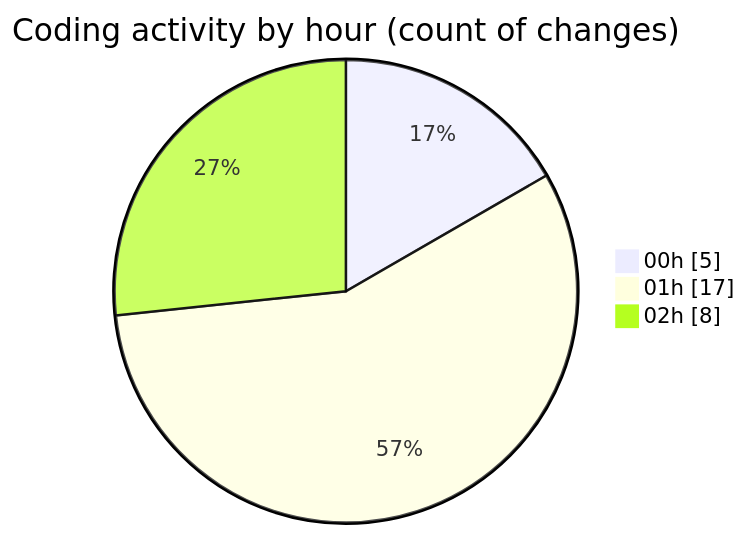
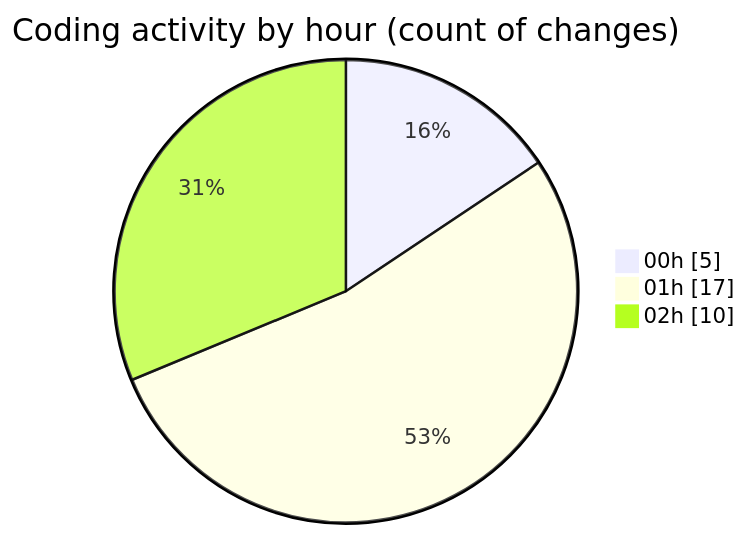
One commit to EIIisD/code-tracking changed the second of 2 diagrams in 2025-08-04/tw-server/README.md. Above: the diagram before and after it, drawn with Mermaid. The commit also changed other lines of this file and 1 other file, not shown here.

````diff
--- a/2025-08-04/tw-server/README.md
+++ b/2025-08-04/tw-server/README.md
@@ -31,7 +31,7 @@
 ```mermaid
 pie showData
 title Coding activity by hour (count of changes)
 "00h" : 5
 "01h" : 17
-"02h" : 8
+"02h" : 10
 ```
````
